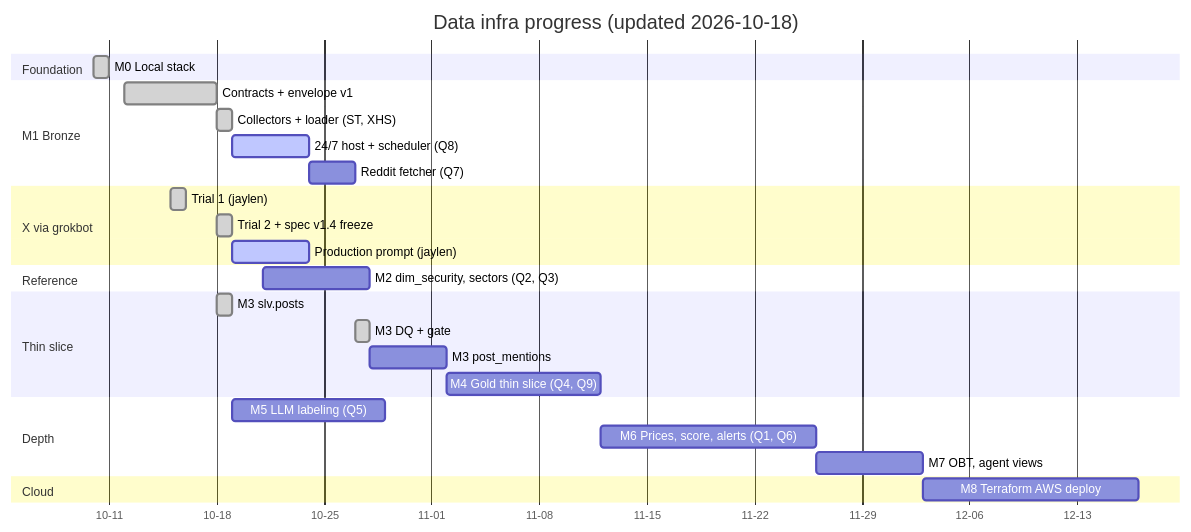
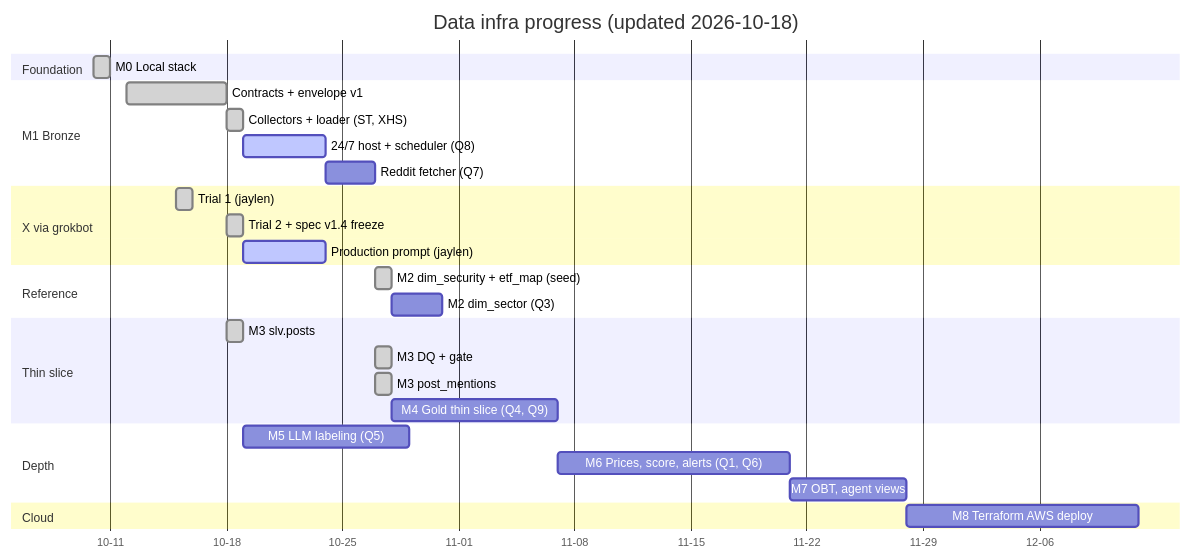
Before and after one commit to EZmoneySniper250/StockEmotionsCoMemory: the diagram in Phases & Milestones.md, drawn with Mermaid. The commit also changed other lines of this file, not shown here.

Commit message:
status(roadmap): M2 dim_security, M3 post_mentions done [ai:jerry]

````diff
--- a/Phases & Milestones.md
+++ b/Phases & Milestones.md
@@ -31,31 +31,32 @@
 ```mermaid
 gantt
     title Data infra progress (updated 2026-10-18)
     dateFormat YYYY-MM-DD
     axisFormat %m-%d
     todayMarker on
     section Foundation
     M0 Local stack                        :done, m0, 2026-10-10, 1d
     section M1 Bronze
     Contracts + envelope v1               :done, m1a, 2026-10-12, 2026-10-18
     Collectors + loader (ST, XHS)         :done, m1b, 2026-10-18, 1d
     24/7 host + scheduler (Q8)            :active, m1c, 2026-10-19, 5d
     Reddit fetcher (Q7)                   :m1d, after m1c, 3d
     section X via grokbot
     Trial 1 (jaylen)                      :done, x1, 2026-10-15, 1d
     Trial 2 + spec v1.4 freeze            :done, x2, 2026-10-18, 1d
     Production prompt (jaylen)            :active, x3, 2026-10-19, 5d
     section Reference
-    M2 dim_security, sectors (Q2, Q3)     :m2, 2026-10-21, 7d
+    M2 dim_security + etf_map (seed)      :done, m2, 2026-10-27, 1d
+    M2 dim_sector (Q3)                    :m2b, after m2, 3d
     section Thin slice
     M3 slv.posts                          :done, m3a, 2026-10-18, 1d
     M3 DQ + gate                          :done, m3c, 2026-10-27, 1d
-    M3 post_mentions                      :m3b, after m2, 5d
+    M3 post_mentions                      :done, m3b, 2026-10-27, 1d
     M4 Gold thin slice (Q4, Q9)           :m4, after m3b, 10d
     section Depth
     M5 LLM labeling (Q5)                  :m5, after m3a, 10d
     M6 Prices, score, alerts (Q1, Q6)     :m6, after m4, 14d
     M7 OBT, agent views                   :m7, after m6, 7d
     section Cloud
     M8 Terraform AWS deploy               :m8, after m7, 14d
 ```
````
